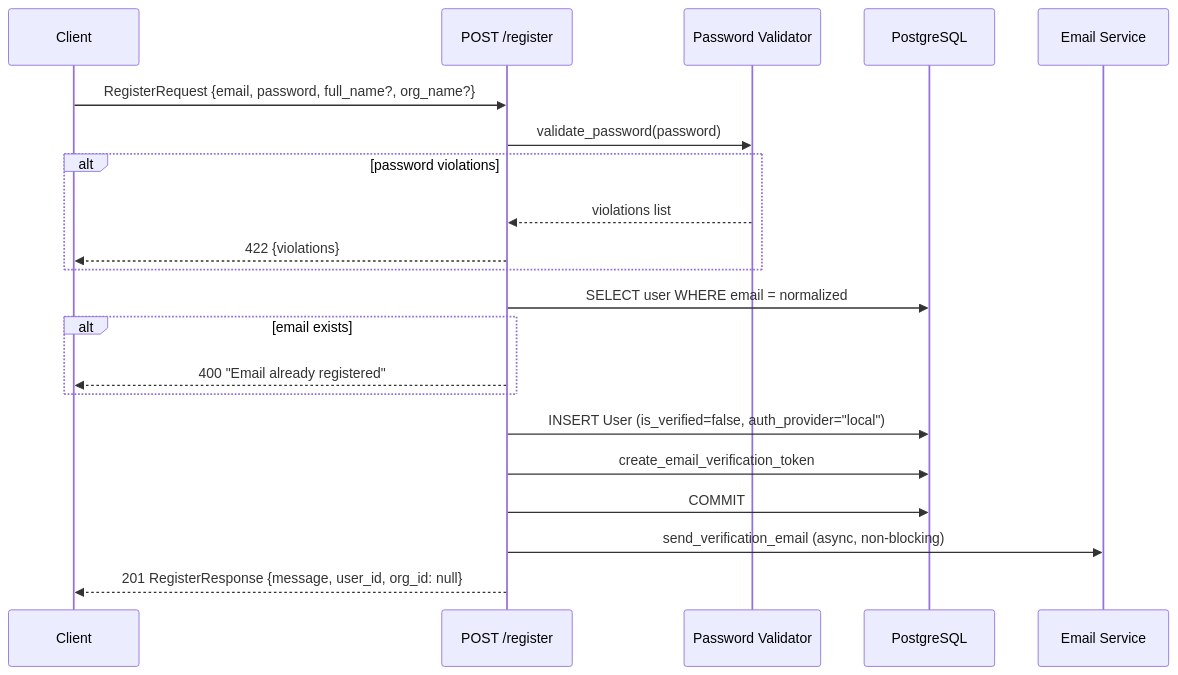
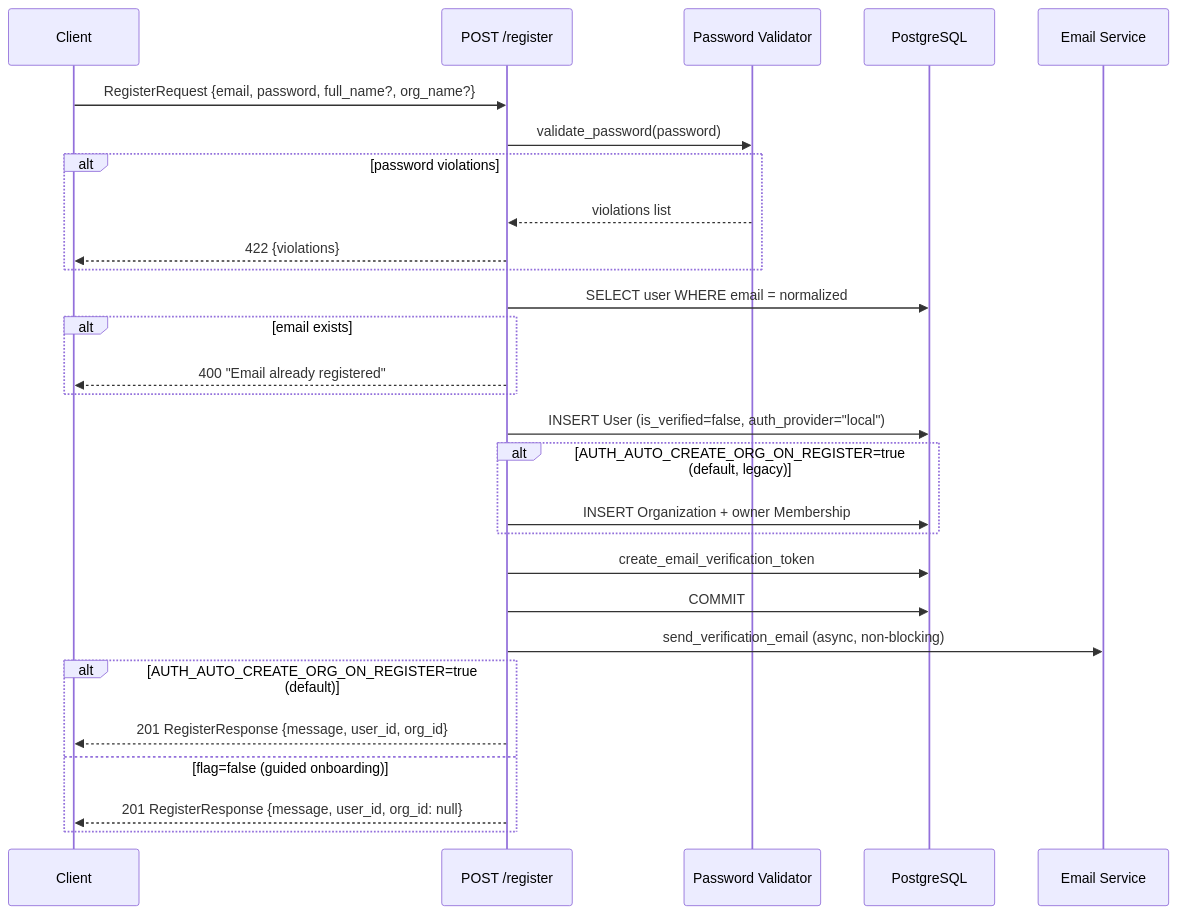
The first of 10 diagrams in docs/architecture/auth-journey.md (full-chaos/dev-health-ops), drawn with Mermaid before and after one commit. The commit also changed other lines of this file, not shown here.

Commit message:
docs(auth): correct registration default-flag behavior in journey doc
The auth-journey doc claimed identity-only registration is the Phase-2 default,
but AUTH_AUTO_CREATE_ORG_ON_REGISTER defaults to true (production-preserving):
registration creates user + org + owner membership by default, and identity-only
only when the flag is false. Corrects the opening paragraph and makes the
sequence diagram flag-conditional. Follow-up to review of #1068.

Refs CHAOS-2680, CHAOS-2670.

````diff
--- a/docs/architecture/auth-journey.md
+++ b/docs/architecture/auth-journey.md
@@ -13,24 +13,31 @@
 ```mermaid
 sequenceDiagram
     participant C as Client
     participant R as POST /register
     participant V as Password Validator
     participant DB as PostgreSQL
     participant E as Email Service
 
     C->>R: RegisterRequest {email, password, full_name?, org_name?}
     R->>V: validate_password(password)
     alt password violations
         V-->>R: violations list
         R-->>C: 422 {violations}
     end
     R->>DB: SELECT user WHERE email = normalized
     alt email exists
         R-->>C: 400 "Email already registered"
     end
     R->>DB: INSERT User (is_verified=false, auth_provider="local")
+    alt AUTH_AUTO_CREATE_ORG_ON_REGISTER=true (default, legacy)
+        R->>DB: INSERT Organization + owner Membership
+    end
     R->>DB: create_email_verification_token
     R->>DB: COMMIT
     R->>E: send_verification_email (async, non-blocking)
-    R-->>C: 201 RegisterResponse {message, user_id, org_id: null}
+    alt AUTH_AUTO_CREATE_ORG_ON_REGISTER=true (default)
+        R-->>C: 201 RegisterResponse {message, user_id, org_id}
+    else flag=false (guided onboarding)
+        R-->>C: 201 RegisterResponse {message, user_id, org_id: null}
+    end
 ```
````
